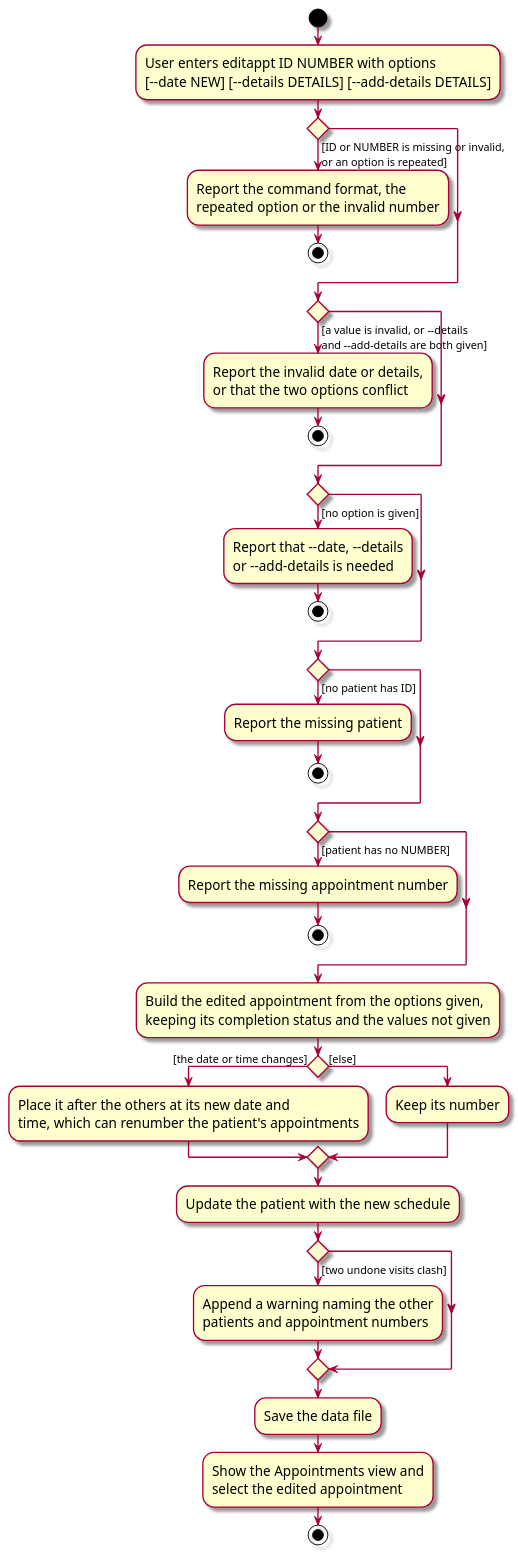
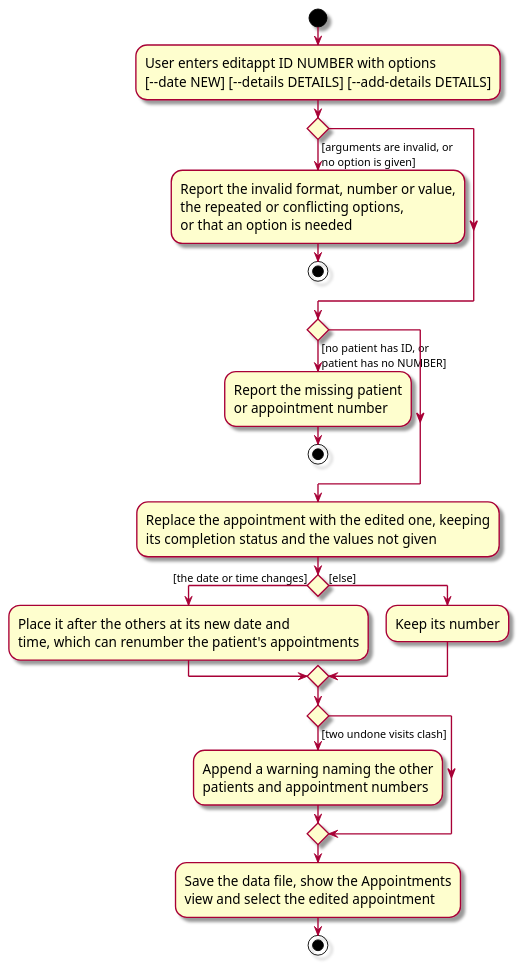
The diagram in docs/diagrams/EditAppointmentActivityDiagram.puml (Bruhmiuz/teePee), drawn with PlantUML before and after one commit. The commit also changed 2 other files, not shown here.

Commit message:
Shorten the editappt activity diagram
The editappt activity diagram gives each of its five error checks its
own branch, which makes it too long to read in the DG.

Let's merge the argument checks into one branch, and the patient and
appointment number checks into another, and combine the steps that
always run in sequence. The errors stay in the order the code checks
them, and each box still says what it reports.

The shorter diagram no longer needs to be scaled down, so let's show it
at its natural width.

```diff
--- a/docs/diagrams/EditAppointmentActivityDiagram.puml
+++ b/docs/diagrams/EditAppointmentActivityDiagram.puml
@@ -1,51 +1,37 @@
 @startuml
 skin rose
 skinparam ActivityFontSize 15
 skinparam ArrowFontSize 12
 start
 :User enters editappt ID NUMBER with options
 [~--date NEW] [~--details DETAILS] [~--add-details DETAILS];
 
-if () then ([ID or NUMBER is missing or invalid,
-or an option is repeated])
-    :Report the command format, the
-    repeated option or the invalid number;
+if () then ([arguments are invalid, or
+no option is given])
+    :Report the invalid format, number or value,
+    the repeated or conflicting options,
+    or that an option is needed;
     stop
 endif
-if () then ([a value is invalid, or ~--details
-and ~--add-details are both given])
-    :Report the invalid date or details,
-    or that the two options conflict;
+if () then ([no patient has ID, or
+patient has no NUMBER])
+    :Report the missing patient
+    or appointment number;
     stop
 endif
-if () then ([no option is given])
-    :Report that ~--date, ~--details
-    or ~--add-details is needed;
-    stop
-endif
-if () then ([no patient has ID])
-    :Report the missing patient;
-    stop
-endif
-if () then ([patient has no NUMBER])
-    :Report the missing appointment number;
-    stop
-endif
-:Build the edited appointment from the options given,
-keeping its completion status and the values not given;
+:Replace the appointment with the edited one, keeping
+its completion status and the values not given;
 if () then ([the date or time changes])
     :Place it after the others at its new date and
     time, which can renumber the patient's appointments;
 else ([else])
     :Keep its number;
 endif
-:Update the patient with the new schedule;
 if () then ([two undone visits clash])
     :Append a warning naming the other
     patients and appointment numbers;
 endif
-:Save the data file;
-:Show the Appointments view and
-select the edited appointment;
+:Save the data file, show the Appointments
+view and select the edited appointment;
 stop
 @enduml
```
